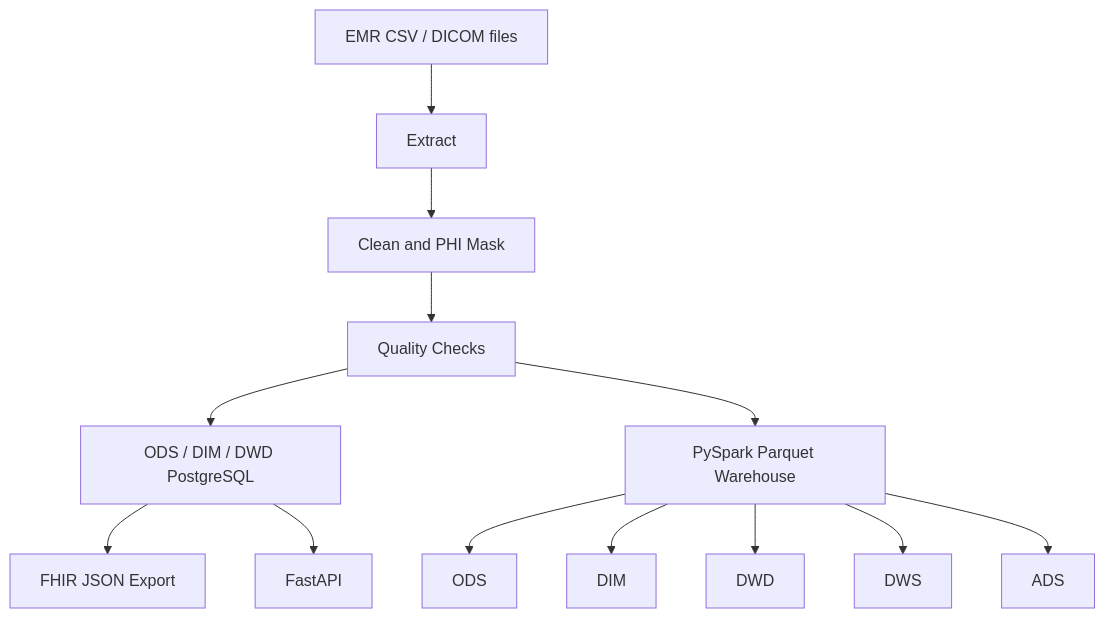
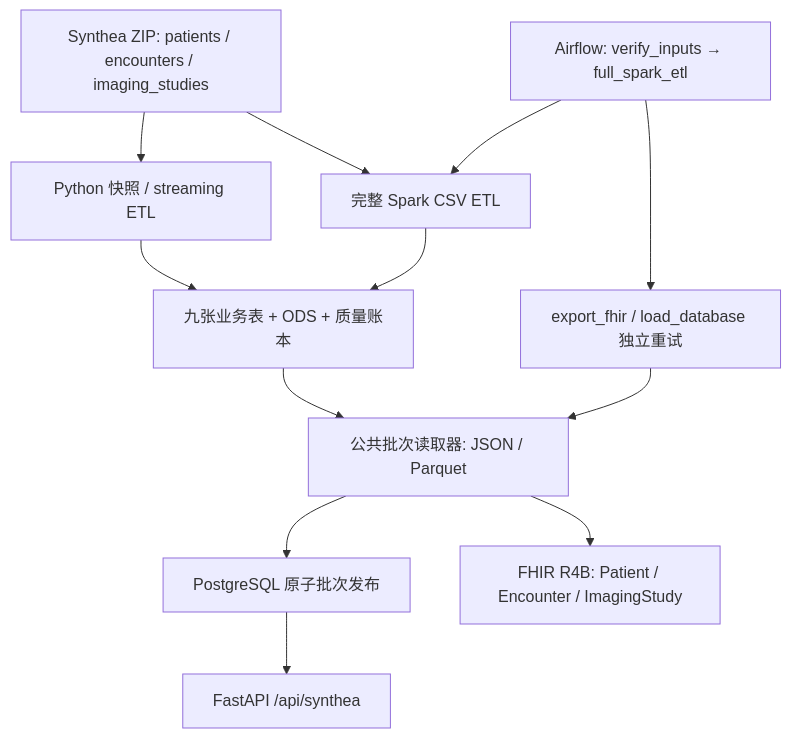
One commit to DID-FIELD/medical-etl-fhir-platform changed the diagram in README.md. Above: the diagram before and after it, drawn with Mermaid. The commit also changed other lines of this file and 6 other files, not shown here.

````diff
--- a/README.md
+++ b/README.md
@@ -43,15 +24,14 @@
 ```mermaid
 flowchart TD
-    A["EMR CSV / DICOM files"] --> B["Extract"]
-    B --> C["Clean and PHI Mask"]
-    C --> D["Quality Checks"]
-    D --> E["ODS / DIM / DWD PostgreSQL"]
-    D --> F["PySpark Parquet Warehouse"]
-    F --> F1["ODS"]
-    F --> F2["DIM"]
-    F --> F3["DWD"]
-    F --> F4["DWS"]
-    F --> F5["ADS"]
-    E --> G["FHIR JSON Export"]
-    E --> H["FastAPI"]
+    A["Synthea ZIP: patients / encounters / imaging_studies"] --> B["Python 快照 / streaming ETL"]
+    A --> C["完整 Spark CSV ETL"]
+    B --> D["九张业务表 + ODS + 质量账本"]
+    C --> D
+    D --> E["公共批次读取器: JSON / Parquet"]
+    E --> F["PostgreSQL 原子批次发布"]
+    E --> G["FHIR R4B: Patient / Encounter / ImagingStudy"]
+    F --> H["FastAPI /api/synthea"]
+    I["Airflow: verify_inputs → full_spark_etl"] --> C
+    I --> J["export_fhir / load_database 独立重试"]
+    J --> E
 ```
````
